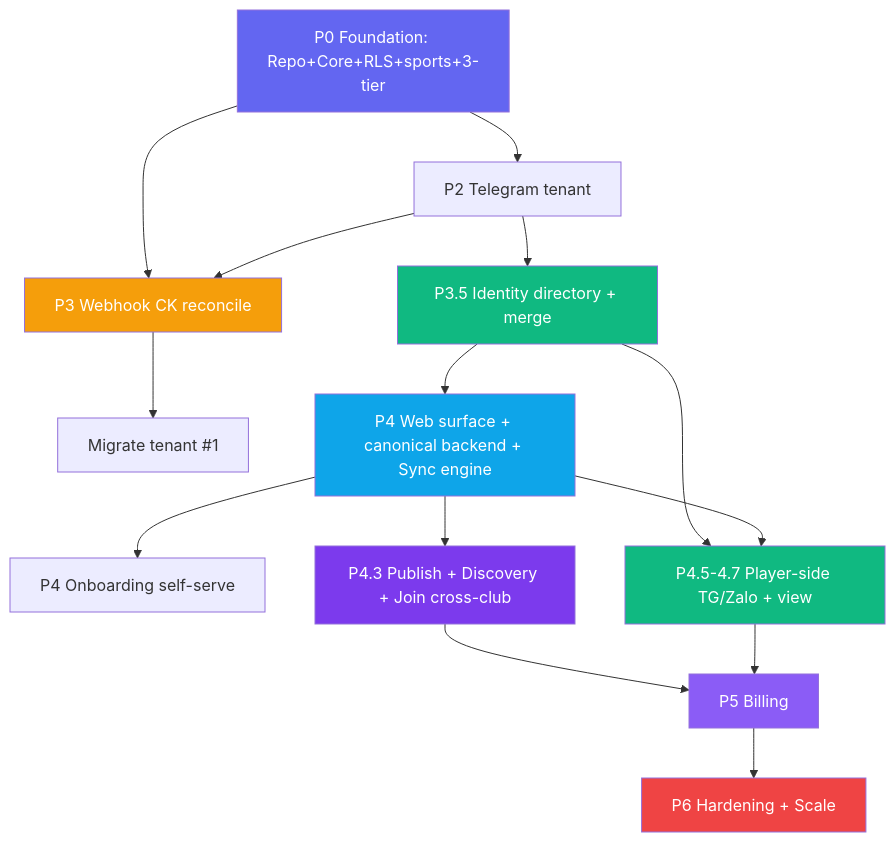
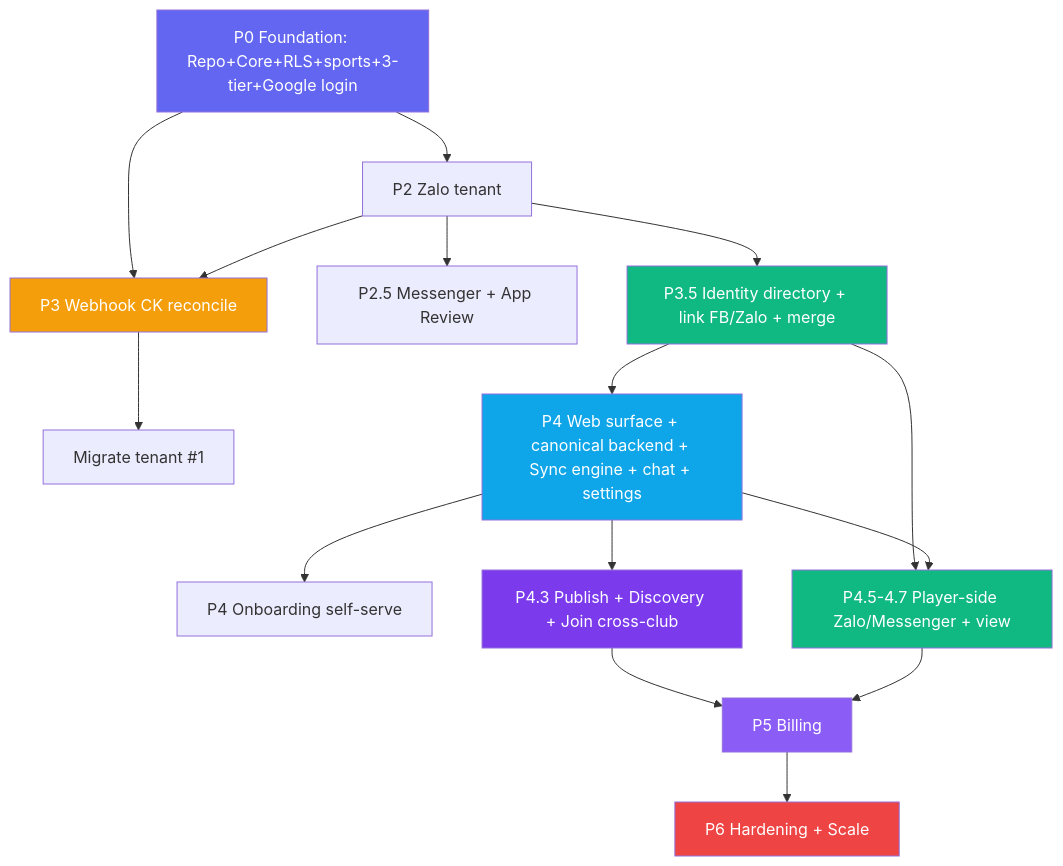
The diagram in docs/product/ROADMAP.md (maingocanh1702/plexco-app), drawn with Mermaid before and after one commit. The commit also changed other lines of this file and 98 other files, not shown here.

Commit message:
docs: resolve P1/P2 canonical-readiness review (README runtime spec-vs-built, playbook/DD-29 authority, brief PAY-OQ-2/SEC-OQ-1, doc-index + review-baseline + scope-committed wording)

````diff
--- a/docs/product/ROADMAP.md
+++ b/docs/product/ROADMAP.md
@@ -284,25 +302,26 @@
 ```mermaid
 graph TD
-    A[P0 Foundation: Repo+Core+RLS+sports+3-tier] --> B[P2 Telegram tenant]
+    A[P0 Foundation: Repo+Core+RLS+sports+3-tier+Google login] --> B[P2 Zalo tenant]
     A --> C[P3 Webhook CK reconcile]
+    B --> B2[P2.5 Messenger + App Review]
     B --> C
     C --> D[Migrate tenant #1]
-    B --> E[P3.5 Identity directory + merge]
-    E --> F[P4 Web surface + canonical backend + Sync engine]
+    B --> E[P3.5 Identity directory + link FB/Zalo + merge]
+    E --> F[P4 Web surface + canonical backend + Sync engine + chat + settings]
     F --> G[P4 Onboarding self-serve]
     F --> H[P4.3 Publish + Discovery + Join cross-club]
-    E --> I[P4.5-4.7 Player-side TG/Zalo + view]
+    E --> I[P4.5-4.7 Player-side Zalo/Messenger + view]
     F --> I
     H --> J[P5 Billing]
     I --> J
     J --> K[P6 Hardening + Scale]
 
     style A fill:#6366f1,color:#fff
     style C fill:#f59e0b,color:#fff
     style E fill:#10b981,color:#fff
     style F fill:#0ea5e9,color:#fff
     style H fill:#7c3aed,color:#fff
     style I fill:#10b981,color:#fff
     style J fill:#8b5cf6,color:#fff
     style K fill:#ef4444,color:#fff
 ```
````
